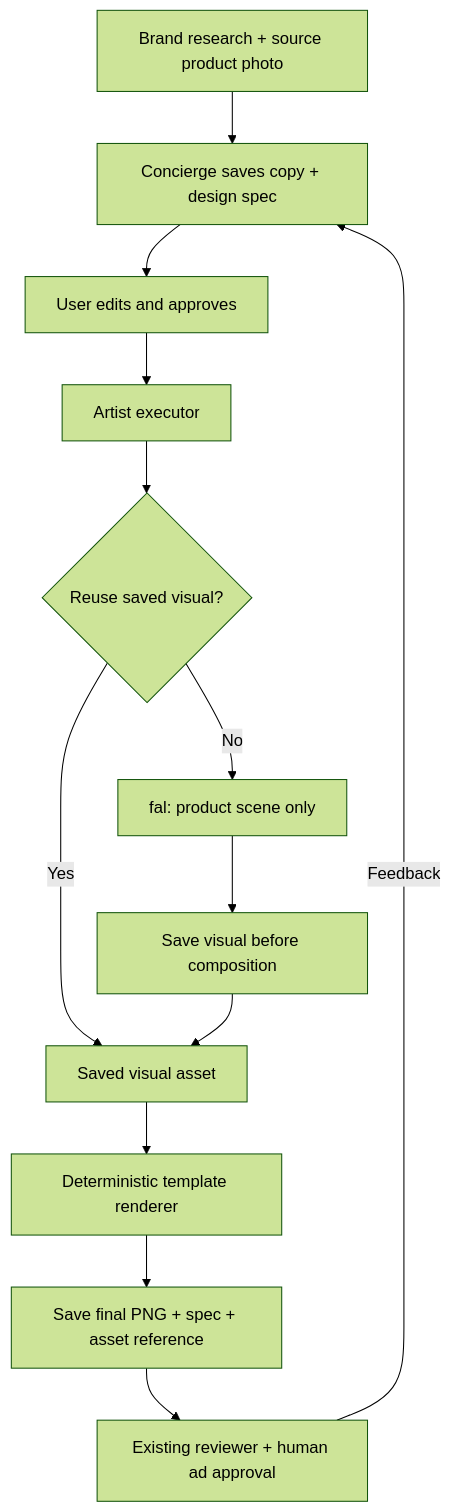
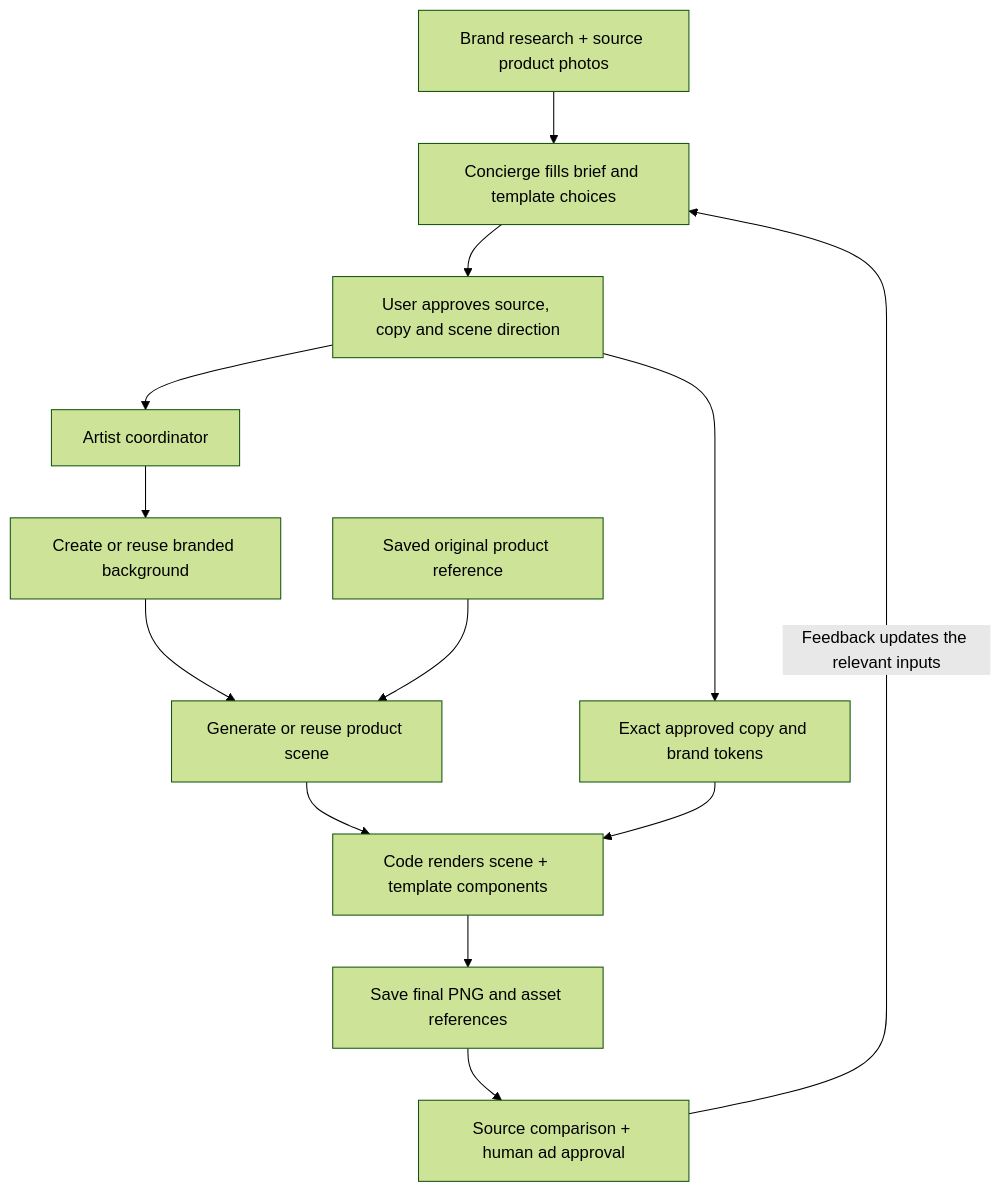
One commit to mattn02/ads-maxxing changed the diagram in ads-maxxing/docs/artist-flow-plan.md. Above: the diagram before and after it, drawn with Mermaid (forest theme). The commit also changed other lines of this file and 85 other files, not shown here.

````diff
--- a/ads-maxxing/docs/artist-flow-plan.md
+++ b/ads-maxxing/docs/artist-flow-plan.md
@@ -22,15 +34,15 @@
 ```mermaid
 flowchart TD
-  Research[Brand research + source product photo] --> Brief[Concierge saves copy + design spec]
-  Brief --> Approval[User edits and approves]
-  Approval --> Artist[Artist executor]
-  Artist --> Choice{Reuse saved visual?}
-  Choice -->|Yes| Visual[Saved visual asset]
-  Choice -->|No| Fal[fal: product scene only]
-  Fal --> Save[Save visual before composition]
-  Save --> Visual
-  Visual --> Render[Deterministic template renderer]
-  Render --> Final[Save final PNG + spec + asset reference]
-  Final --> Review[Existing reviewer + human ad approval]
-  Review -->|Feedback| Brief
+  Research[Brand research + source product photos] --> Plan[Concierge fills brief and template choices]
+  Plan --> Approval[User approves source, copy and scene direction]
+  Approval --> Artist[Artist coordinator]
+  Artist --> Background[Create or reuse branded background]
+  Background --> Scene[Generate or reuse product scene]
+  Source[Saved original product reference] --> Scene
+  Scene --> Compose[Code renders scene + template components]
+  Approval --> Copy[Exact approved copy and brand tokens]
+  Copy --> Compose
+  Compose --> Save[Save final PNG and asset references]
+  Save --> Review[Source comparison + human ad approval]
+  Review -->|Feedback updates the relevant inputs| Plan
 ```
````
